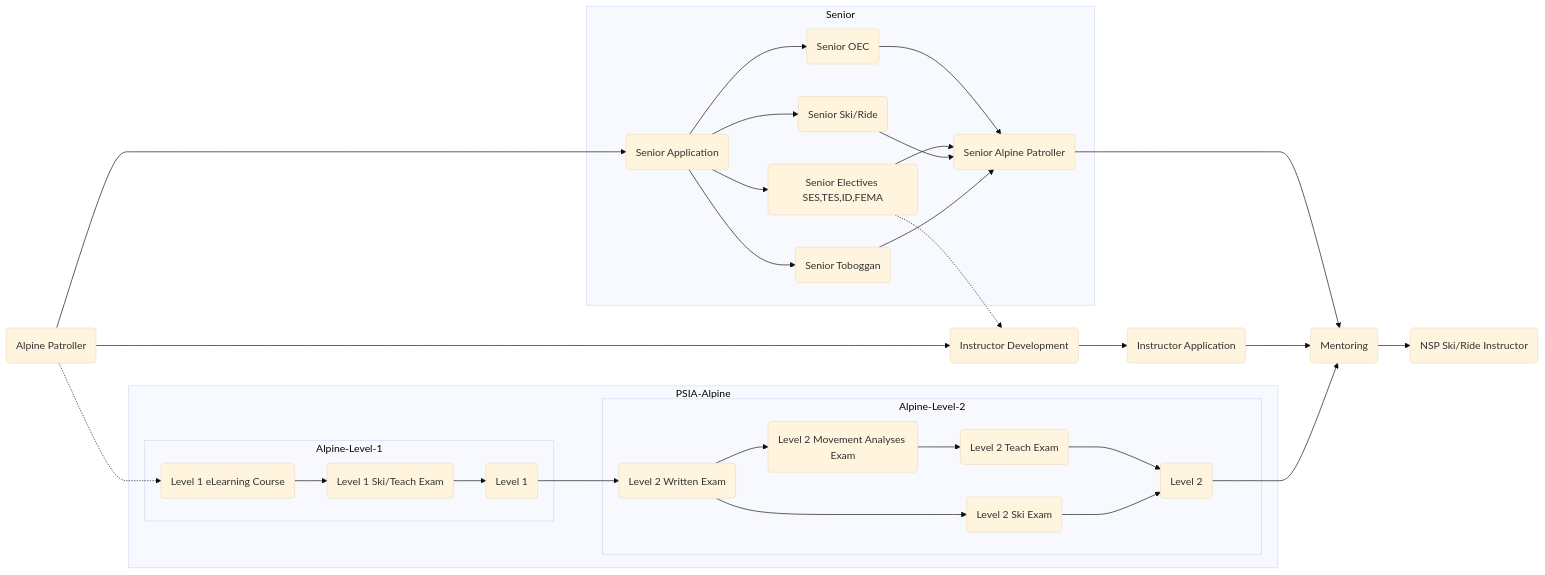
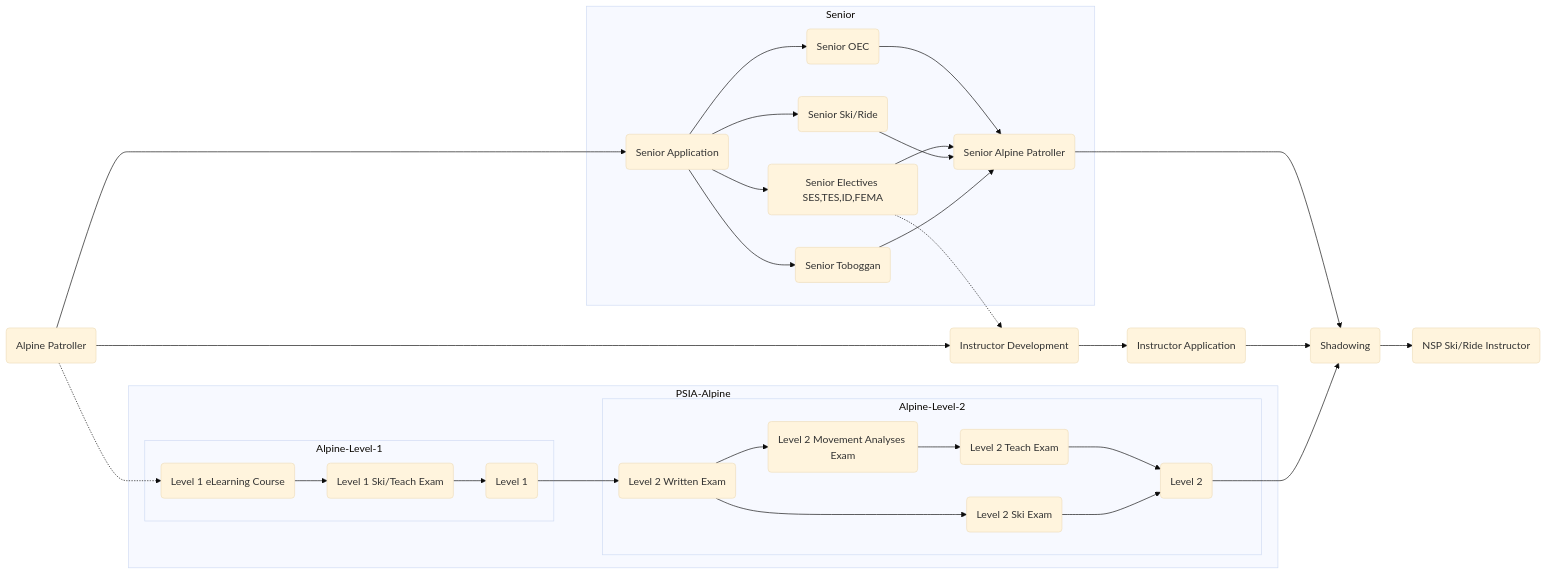
One commit to brookpatten/nsp-ohio-instructor-path changed the diagram in Alpine.md. Above: the diagram before and after it, drawn with Mermaid (base theme).

````diff
--- a/Alpine.md
+++ b/Alpine.md
@@ -2,37 +2,37 @@
 ```mermaid
   flowchart LR;
       AP(Alpine Patroller) --> SPA(Senior Application);
       subgraph Senior
       SPA --> SOEC(Senior OEC);
       SPA --> SE(Senior Electives SES,TES,ID,FEMA);
       SPA --> SR(Senior Ski/Ride);
       SPA --> ST(Senior Toboggan);
       SOEC --> SP(Senior Alpine Patroller);
       SE --> SP;
       SR --> SP;
       ST --> SP;
       end
       SE -.-> ID;
       SP --> M;
       AP --> ID(Instructor Development);
       ID --> IA(Instructor Application);
-      IA --> M(Mentoring);
+      IA --> M(Shadowing);
       M --> SRI(NSP Ski/Ride Instructor);
       
       subgraph PSIA-Alpine
       subgraph Alpine-Level-1
       L1W(Level 1 eLearning Course) --> L1E(Level 1 Ski/Teach Exam);
       L1E --> L1C(Level 1);
       end
       L1C --> L2W;
       subgraph Alpine-Level-2
       L2W(Level 2 Written Exam) --> L2MA(Level 2 Movement Analyses Exam);
       L2MA --> L2T(Level 2 Teach Exam);
       L2W --> L2S(Level 2 Ski Exam);
       L2T --> L2C(Level 2);
       L2S --> L2C;
       end
       end
       L2C --> M;
       AP -.-> L1W;
 ```
````
